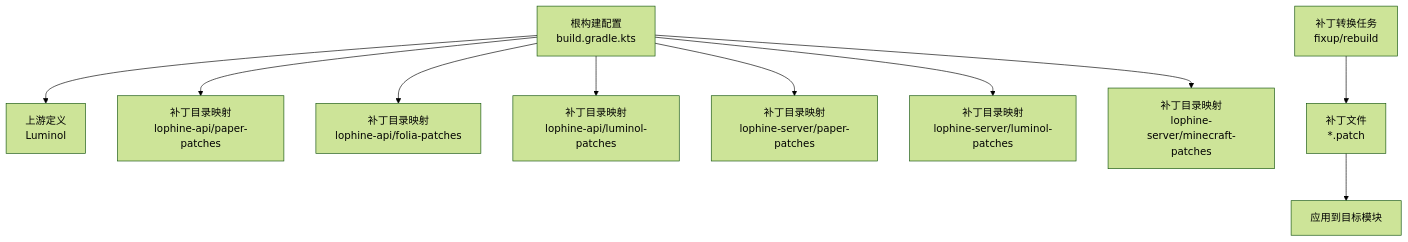
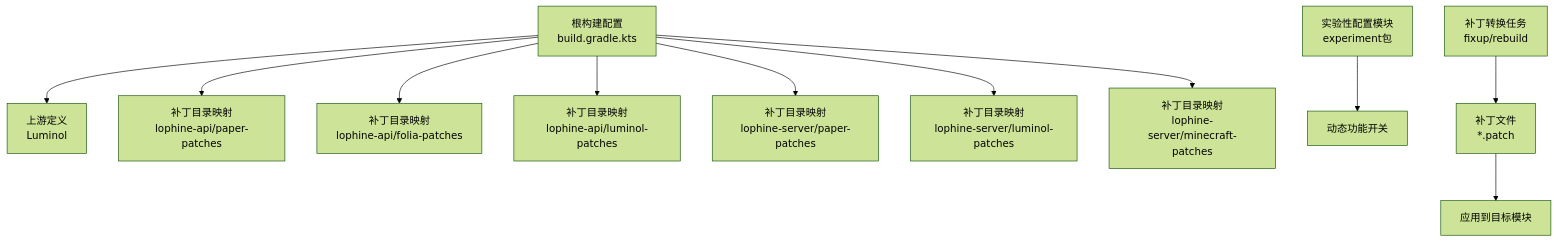
The first of 5 diagrams in .qoder/repowiki/zh/content/补丁管理.md (xucy10/Lophine1.21.11), drawn with Mermaid (forest theme) before and after one commit. The commit also changed other lines of this file and 54 other files, not shown here.

````diff
--- a/.qoder/repowiki/zh/content/补丁管理.md
+++ b/.qoder/repowiki/zh/content/补丁管理.md
@@ -39,12 +53,13 @@
 ```mermaid
 graph TB
 A["根构建配置<br/>build.gradle.kts"] --> B["上游定义<br/>Luminol"]
 A --> C["补丁目录映射<br/>lophine-api/paper-patches"]
 A --> D["补丁目录映射<br/>lophine-api/folia-patches"]
 A --> E["补丁目录映射<br/>lophine-api/luminol-patches"]
 A --> F["补丁目录映射<br/>lophine-server/paper-patches"]
 A --> G["补丁目录映射<br/>lophine-server/luminol-patches"]
 A --> H["补丁目录映射<br/>lophine-server/minecraft-patches"]
-I["补丁文件<br/>*.patch"] --> J["应用到目标模块"]
-K["补丁转换任务<br/>fixup/rebuild"] --> I
+I["实验性配置模块<br/>experiment包"] --> J["动态功能开关"]
+K["补丁文件<br/>*.patch"] --> L["应用到目标模块"]
+M["补丁转换任务<br/>fixup/rebuild"] --> K
 ```
````
